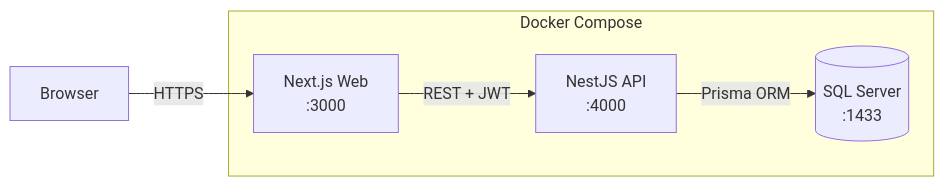
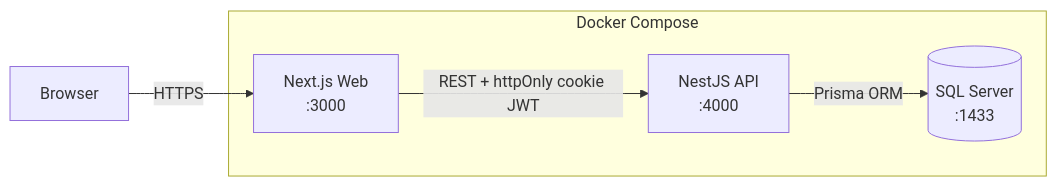
The diagram in README.md (ZainAftab-dev/Hospital-Management-System-React), drawn with Mermaid before and after one commit. The commit also changed other lines of this file and 40 other files, not shown here.

````diff
--- a/README.md
+++ b/README.md
@@ -75,12 +80,12 @@
 ```mermaid
 flowchart LR
     A[Browser] -->|HTTPS| B[Next.js Web<br/>:3000]
-    B -->|REST + JWT| C[NestJS API<br/>:4000]
+    B -->|REST + httpOnly cookie JWT| C[NestJS API<br/>:4000]
     C -->|Prisma ORM| D[(SQL Server<br/>:1433)]
 
     subgraph Docker Compose
       B
       C
       D
     end
 ```
````
